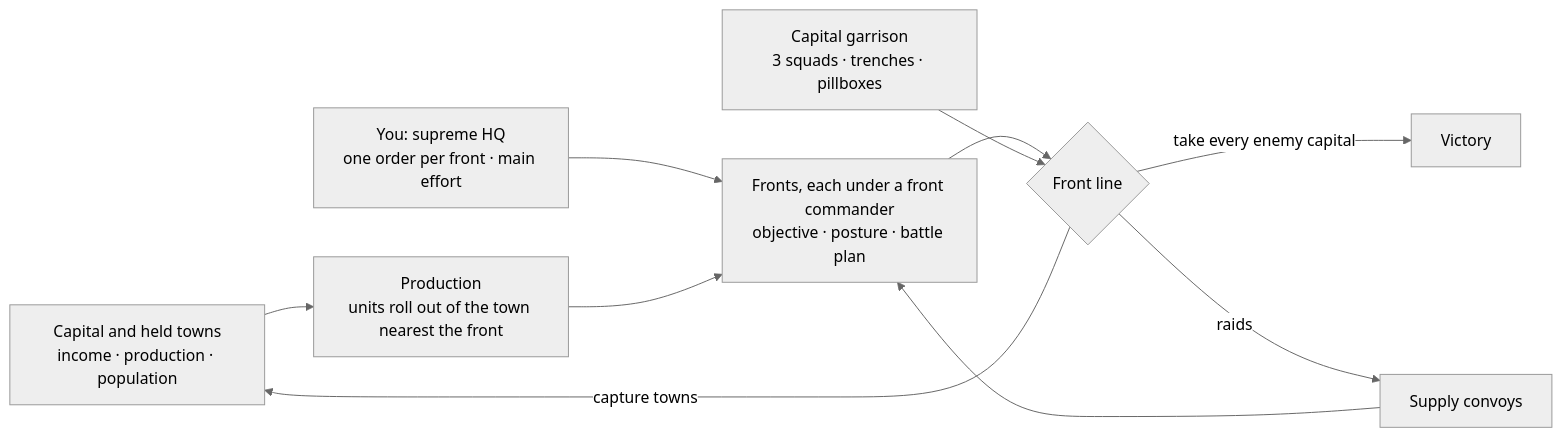
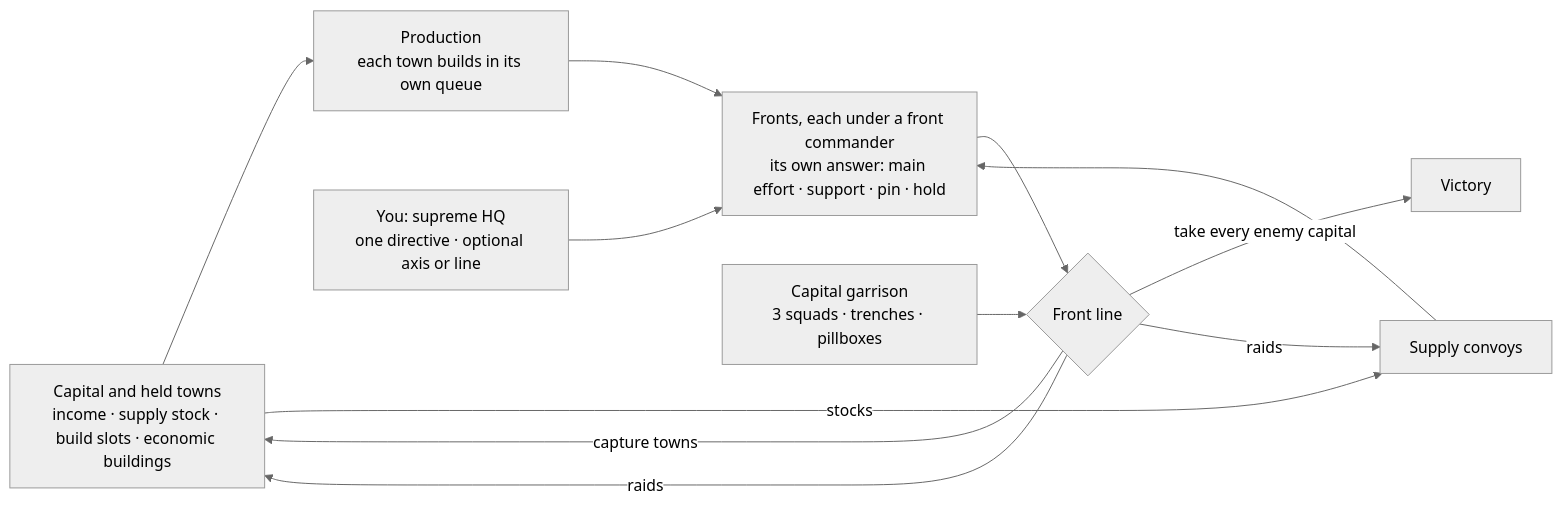
Before and after one commit to Zwl20085/LittleWarGame: the first of 2 diagrams in README.md, drawn with Mermaid (neutral theme). The commit also changed other lines of this file and 2 other files, not shown here.

Commit message:
docs: README 2.2 (en + zh) - universal directive, town supply and production, economic buildings, roadside cover, armour groups, AT nerf, fog quick start, update check; roadmap marks 2.2 as this release

````diff
--- a/README.md
+++ b/README.md
@@ -180,12 +212,14 @@
 ```mermaid
 flowchart LR
-  A[Capital and held towns<br/>income · production · population] --> B[Production<br/>units roll out of the town nearest the front]
-  H[You: supreme HQ<br/>one order per front · main effort] --> C
-  B --> C[Fronts, each under a front commander<br/>objective · posture · battle plan]
+  A[Capital and held towns<br/>income · supply stock · build slots · economic buildings] --> B[Production<br/>each town builds in its own queue]
+  H[You: supreme HQ<br/>one directive · optional axis or line] --> C
+  B --> C[Fronts, each under a front commander<br/>its own answer: main effort · support · pin · hold]
   C --> D{Front line}
   G[Capital garrison<br/>3 squads · trenches · pillboxes] --> D
   D -- capture towns --> A
   D -- take every enemy capital --> V[Victory]
-  S[Supply convoys] --> C
+  A -- stocks --> S[Supply convoys]
+  S --> C
   D -- raids --> S
+  D -- raids --> A
 ```
````
